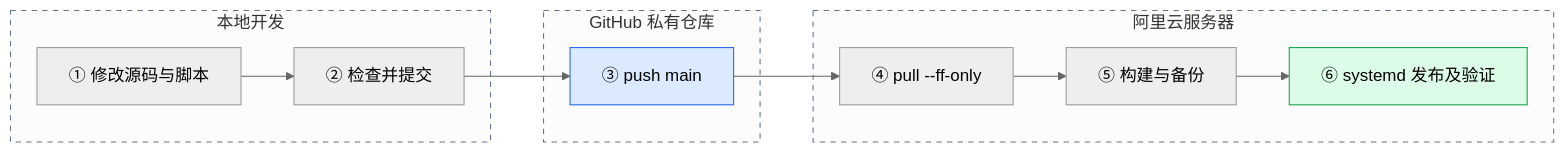
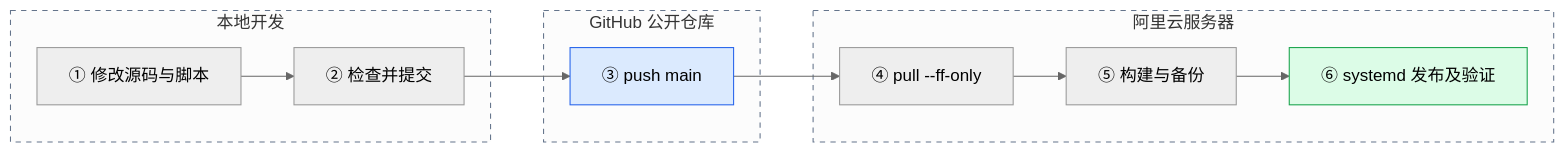
The diagram in README.md (Betty52455/medical_animation), drawn with Mermaid (neutral theme) before and after one commit. The commit also changed other lines of this file and 3 other files, not shown here.

````diff
--- a/README.md
+++ b/README.md
@@ -17,18 +17,18 @@
 ```mermaid
 flowchart LR
     subgraph local["本地开发"]
         A["① 修改源码与脚本"] --> B["② 检查并提交"]
     end
-    subgraph repo["GitHub 私有仓库"]
+    subgraph repo["GitHub 公开仓库"]
         C["③ push main"]
     end
     subgraph server["阿里云服务器"]
         D["④ pull --ff-only"] --> E["⑤ 构建与备份"] --> F["⑥ systemd 发布及验证"]
     end
     B --> C --> D
     style local stroke:#64748b,stroke-dasharray:5 5
     style repo stroke:#64748b,stroke-dasharray:5 5
     style server stroke:#64748b,stroke-dasharray:5 5
     style C fill:#dbeafe,stroke:#2563eb
     style F fill:#dcfce7,stroke:#16a34a
 ```
````
